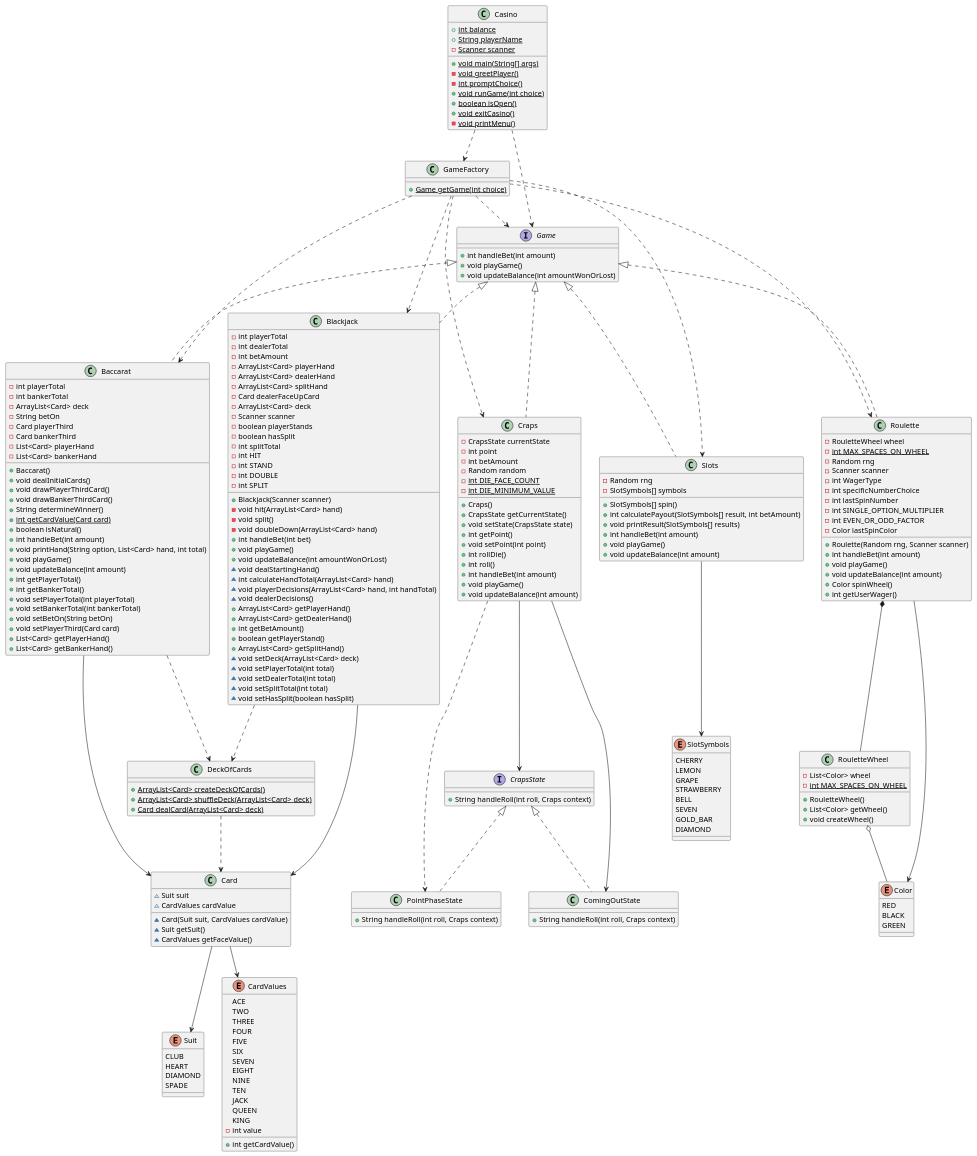
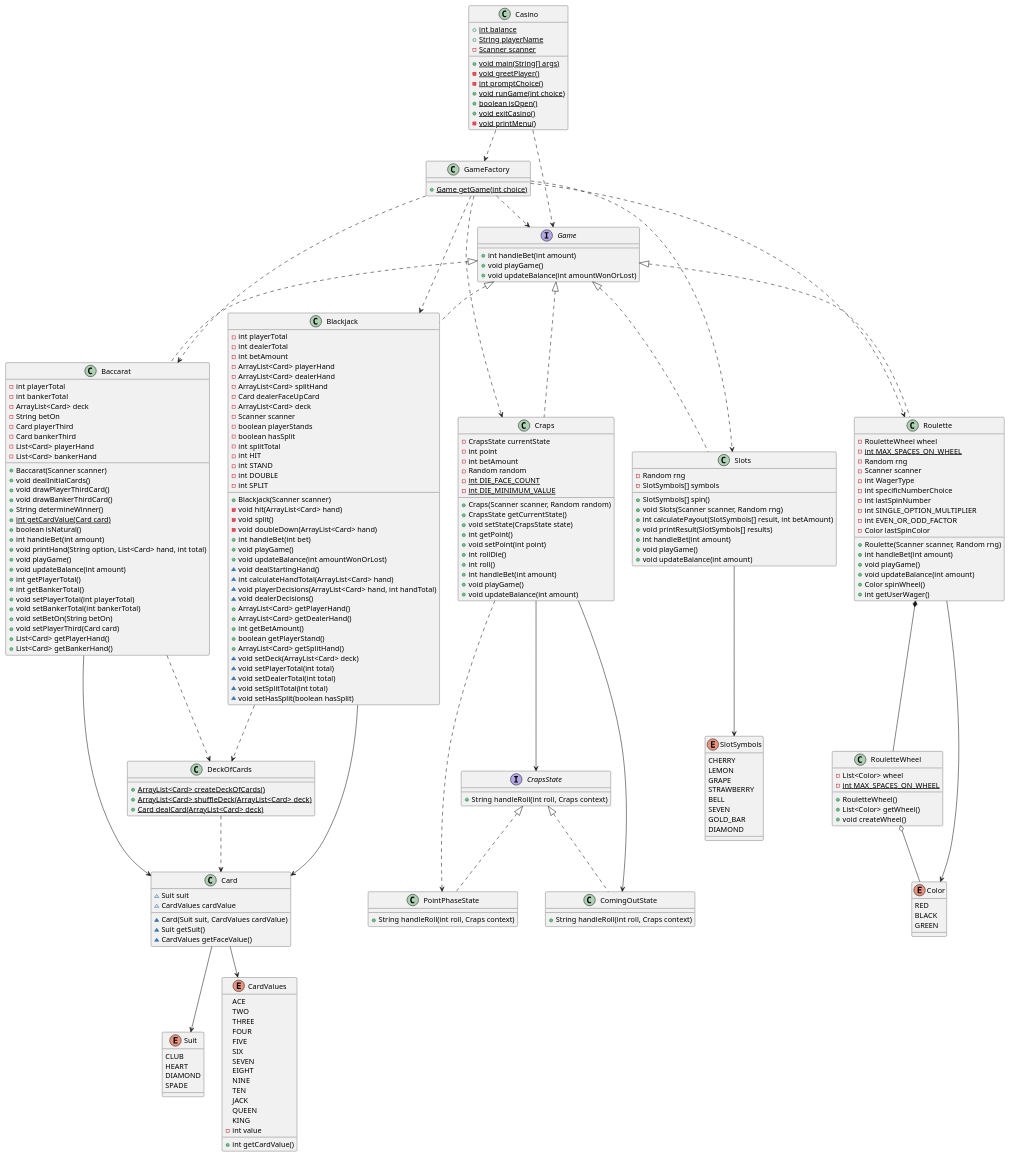
Before and after one commit to usd-comp-305/project-04-mike-brett-joey-khy: the diagram in casinoUML.puml, drawn with PlantUML.

Commit message:
Update UML

```diff
--- a/casinoUML.puml
+++ b/casinoUML.puml
@@ -89,7 +89,7 @@
   - Card bankerThird
   - List<Card> playerHand
   - List<Card> bankerHand
-  + Baccarat()
+  + Baccarat(Scanner scanner)
   + void dealInitialCards()
   + void drawPlayerThirdCard()
   + void drawBankerThirdCard()
@@ -117,7 +117,7 @@
   - Random random
   - {static} int DIE_FACE_COUNT
   - {static} int DIE_MINIMUM_VALUE
-  + Craps()
+  + Craps(Scanner scanner, Random random)
   + CrapsState getCurrentState()
   + void setState(CrapsState state)
   + int getPoint()
@@ -145,6 +145,7 @@
   - Random rng
   - SlotSymbols[] symbols
   + SlotSymbols[] spin()
+  + void Slots(Scanner scanner, Random rng)
   + int calculatePayout(SlotSymbols[] result, int betAmount)
   + void printResult(SlotSymbols[] results)
   + int handleBet(int amount)
@@ -163,7 +164,7 @@
   - int SINGLE_OPTION_MULTIPLIER
   - int EVEN_OR_ODD_FACTOR
   - Color lastSpinColor
-  + Roulette(Random rng, Scanner scanner)
+  + Roulette(Scanner scanner, Random rng)
   + int handleBet(int amount)
   + void playGame()
   + void updateBalance(int amount)
```
